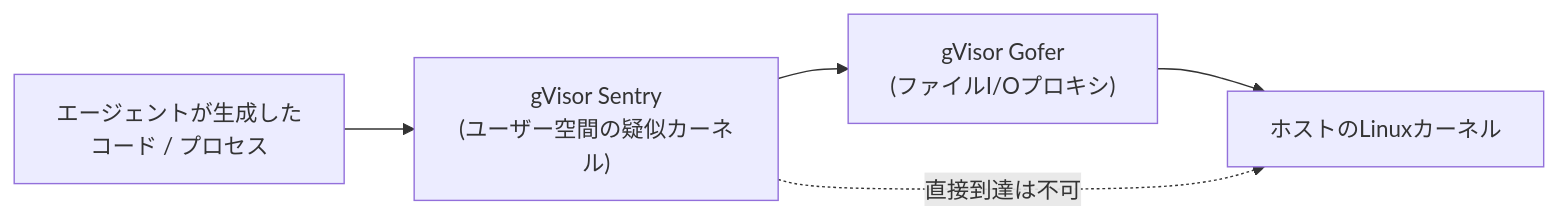
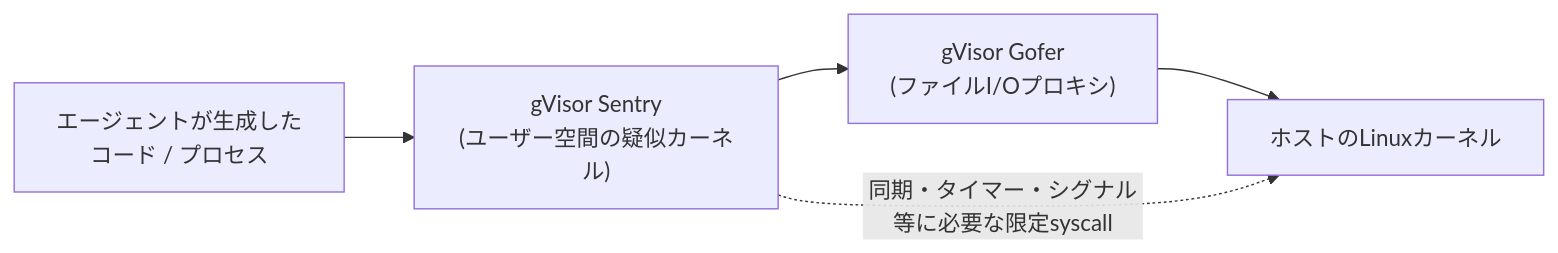
Before and after one commit to myoshi2891/Comparison-of-LLMs: the second of 9 diagrams in archive/md/google/Google-sandbox-best-practices.md, drawn with Mermaid. The commit also changed other lines of this file, not shown here.

````diff
--- a/archive/md/google/Google-sandbox-best-practices.md
+++ b/archive/md/google/Google-sandbox-best-practices.md
@@ -89,7 +89,7 @@
 ```mermaid
 flowchart LR
     App["エージェントが生成した<br/>コード / プロセス"] --> Sentry["gVisor Sentry<br/>(ユーザー空間の疑似カーネル)"]
     Sentry --> Gofer["gVisor Gofer<br/>(ファイルI/Oプロキシ)"]
     Gofer --> Kernel["ホストのLinuxカーネル"]
-    Sentry -.->|直接到達は不可| Kernel
+    Sentry -.->|"同期・タイマー・シグナル等に必要な限定syscall"| Kernel
 ```
````
